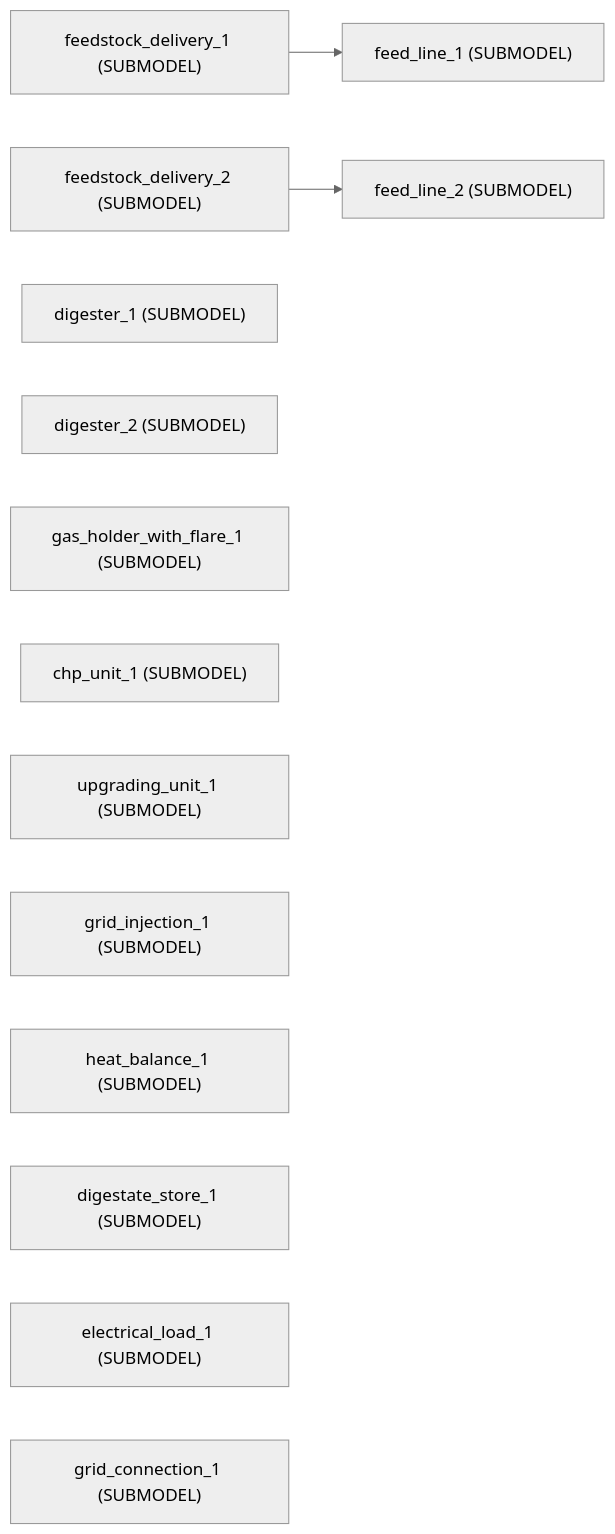
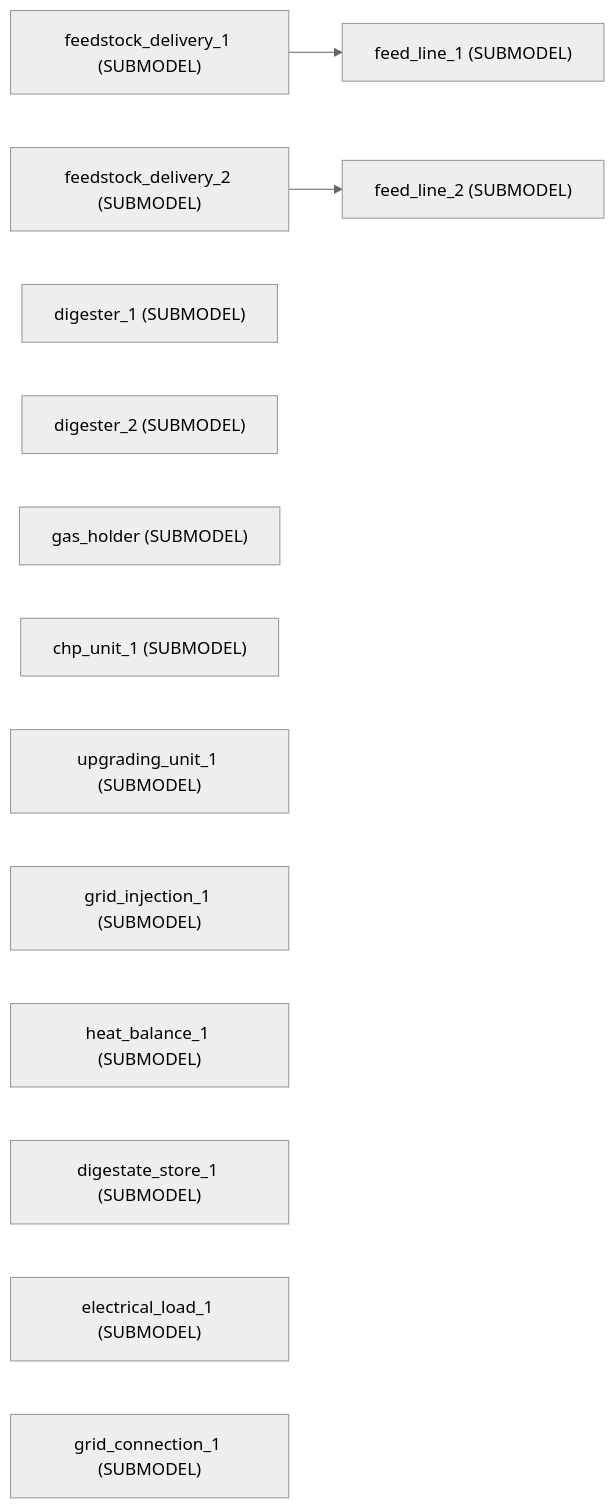
One commit to TheMattHub/naga changed the second of 2 diagrams in docs/gallery/energy.md. Above: the diagram before and after it, drawn with Mermaid (neutral theme). The commit also changed 45 other files, not shown here.

````diff
--- a/docs/gallery/energy.md
+++ b/docs/gallery/energy.md
@@ -64,19 +64,19 @@
 ```mermaid
 flowchart LR
     b0["feedstock_delivery_1 (SUBMODEL)"]
     b1["feedstock_delivery_2 (SUBMODEL)"]
     b2["feed_line_1 (SUBMODEL)"]
     b3["feed_line_2 (SUBMODEL)"]
     b4["digester_1 (SUBMODEL)"]
     b5["digester_2 (SUBMODEL)"]
-    b6["gas_holder_with_flare_1 (SUBMODEL)"]
+    b6["gas_holder (SUBMODEL)"]
     b7["chp_unit_1 (SUBMODEL)"]
     b8["upgrading_unit_1 (SUBMODEL)"]
     b9["grid_injection_1 (SUBMODEL)"]
     b10["heat_balance_1 (SUBMODEL)"]
     b11["digestate_store_1 (SUBMODEL)"]
     b12["electrical_load_1 (SUBMODEL)"]
     b13["grid_connection_1 (SUBMODEL)"]
     b0 --> b2
     b1 --> b3
 ```
````
